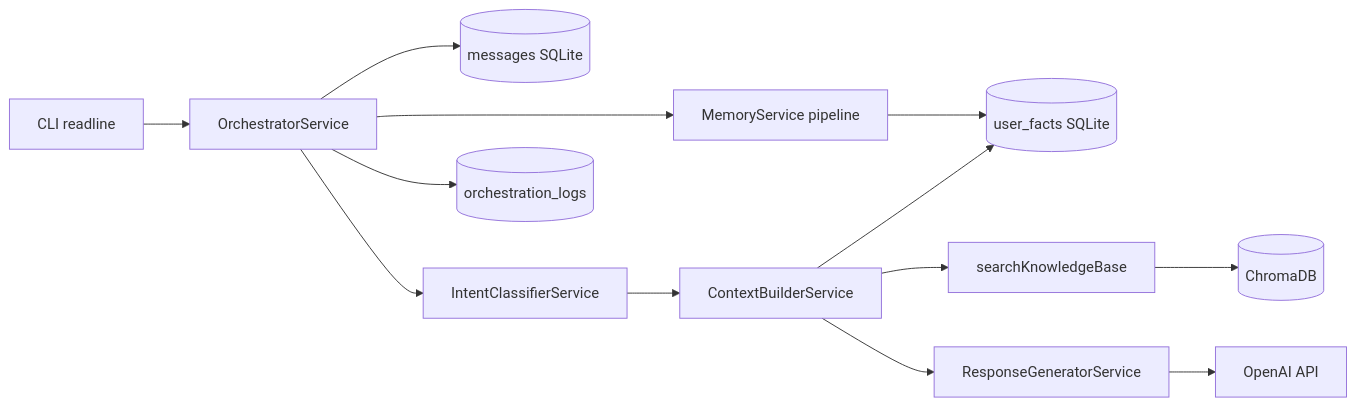
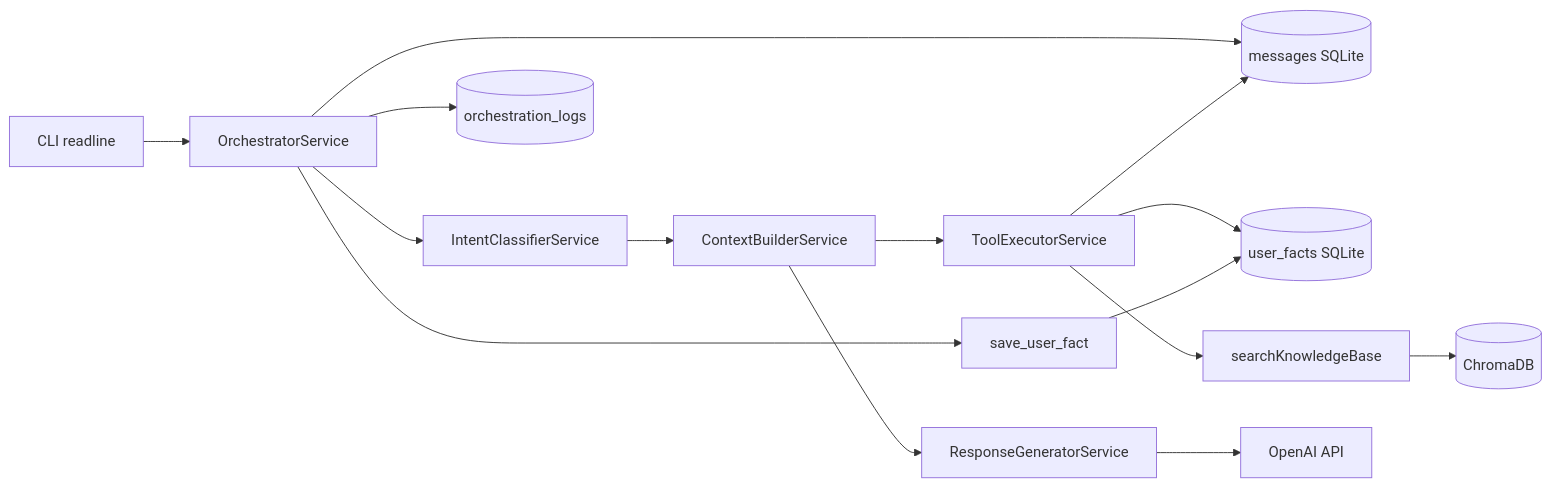
One commit to lucas-oitaven/burger-queen-ai-assistant changed the diagram in README.md. Above: the diagram before and after it, drawn with Mermaid. The commit also changed other lines of this file, not shown here.

Commit message:
docs: document tools, memory and eval coverage in README

````diff
--- a/README.md
+++ b/README.md
@@ -88,15 +89,17 @@
 ```mermaid
 flowchart LR
   CLI[CLI readline] --> ORCH[OrchestratorService]
   ORCH --> MSG[(messages SQLite)]
   ORCH --> INTENT[IntentClassifierService]
   INTENT --> CTX[ContextBuilderService]
-  CTX --> MEM[(user_facts SQLite)]
-  CTX --> RAG[searchKnowledgeBase]
+  CTX --> TOOLS[ToolExecutorService]
+  TOOLS --> MSG
+  TOOLS --> MEM[(user_facts SQLite)]
+  TOOLS --> RAG[searchKnowledgeBase]
   RAG --> CHROMA[(ChromaDB)]
   CTX --> LLM[ResponseGeneratorService]
   LLM --> OPENAI[OpenAI API]
-  ORCH --> EXTRACT[MemoryService pipeline]
-  EXTRACT --> MEM
+  ORCH --> TOOLS2[save_user_fact]
+  TOOLS2 --> MEM
   ORCH --> LOG[(orchestration_logs)]
 ```
````
